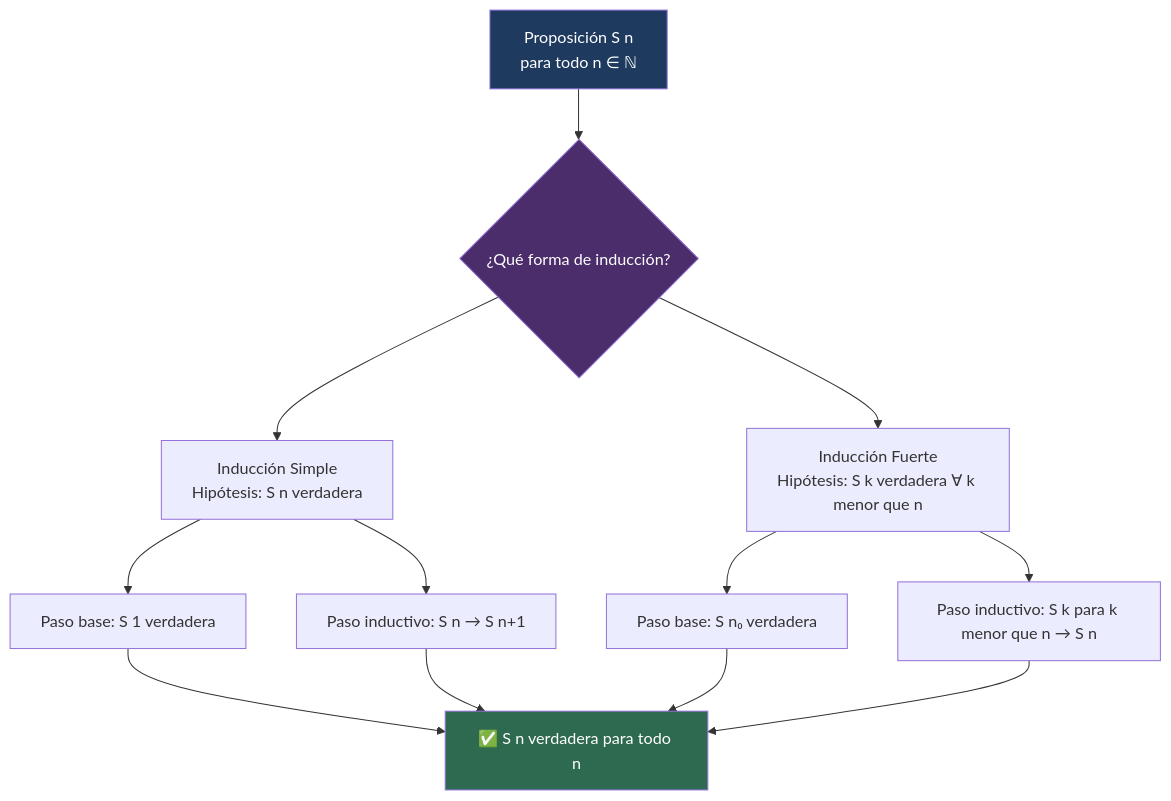
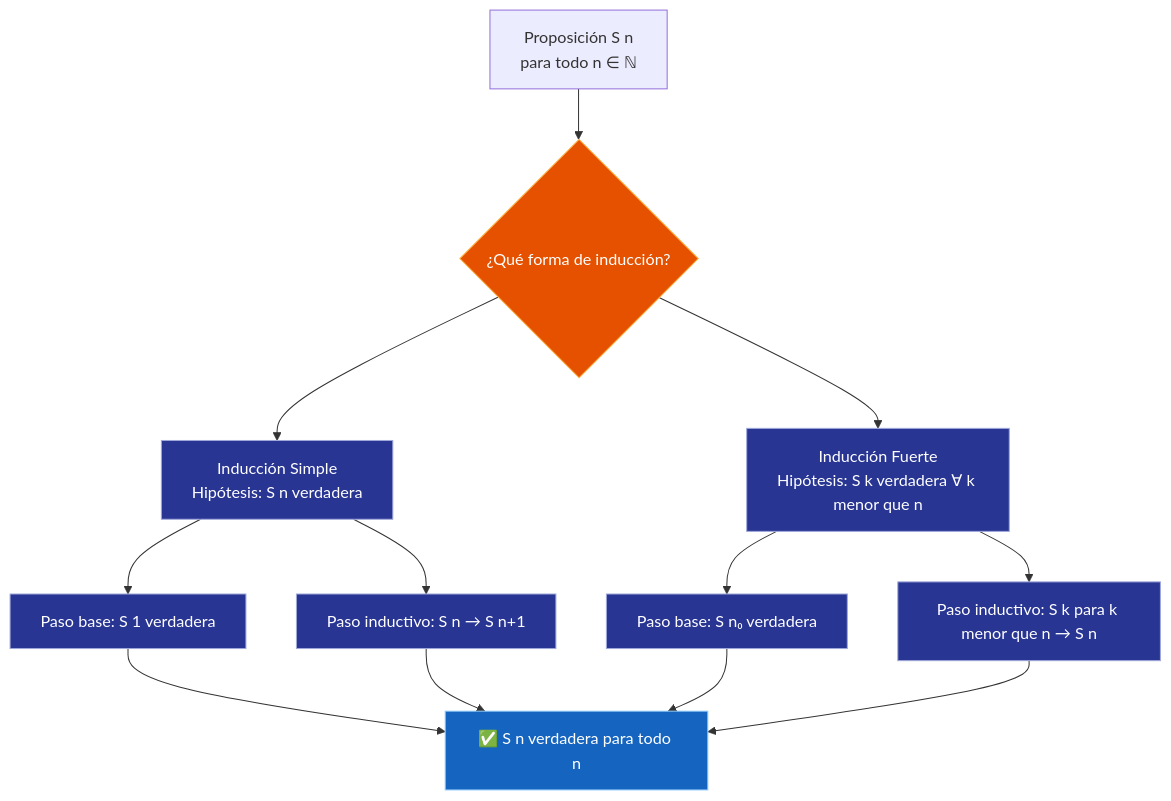
Before and after one commit to Fsteven22/Notas-ESPOL: the diagram in src/site/notes/Universidad/3er Semestre/Matemáticas Discretas/Unidad 1 - Logica y Conjuntos/III - Razonamiento Inductivo/03 - Inducción Matemática.md, drawn with Mermaid. The commit also changed other lines of this file and 79 other files, not shown here.

````diff
--- a/src/site/notes/Universidad/3er Semestre/Matemáticas Discretas/Unidad 1 - Logica y Conjuntos/III - Razonamiento Inductivo/03 - Inducción Matemática.md
+++ b/src/site/notes/Universidad/3er Semestre/Matemáticas Discretas/Unidad 1 - Logica y Conjuntos/III - Razonamiento Inductivo/03 - Inducción Matemática.md
@@ -217,22 +217,27 @@
 ```mermaid
 graph TD
     A[Proposición S n<br/>para todo n ∈ ℕ] --> B{¿Qué forma de inducción?}
 
     B --> C[Inducción Simple<br/>Hipótesis: S n verdadera]
     B --> D[Inducción Fuerte<br/>Hipótesis: S k verdadera ∀ k menor que n]
 
     C --> E[Paso base: S 1 verdadera]
     C --> F[Paso inductivo: S n → S n+1]
 
     D --> G[Paso base: S n₀ verdadera]
     D --> H[Paso inductivo: S k para k menor que n → S n]
 
     E --> I[✅ S n verdadera para todo n]
     F --> I
     G --> I
     H --> I
+    style B fill:#E65100,color:#FFFFFF,stroke:#FFB74D,stroke-width:1px
+    style C fill:#283593,color:#FFFFFF,stroke:#9FA8DA,stroke-width:1px
+    style D fill:#283593,color:#FFFFFF,stroke:#9FA8DA,stroke-width:1px
+    style E fill:#283593,color:#FFFFFF,stroke:#9FA8DA,stroke-width:1px
+    style F fill:#283593,color:#FFFFFF,stroke:#9FA8DA,stroke-width:1px
+    style G fill:#283593,color:#FFFFFF,stroke:#9FA8DA,stroke-width:1px
+    style H fill:#283593,color:#FFFFFF,stroke:#9FA8DA,stroke-width:1px
+    style I fill:#1565C0,color:#FFFFFF,stroke:#90CAF9,stroke-width:1px
 
-    style A fill:#1e3a5f,color:#fff
-    style B fill:#4a2d6a,color:#fff
-    style I fill:#2d6a4f,color:#fff
 ```
````
